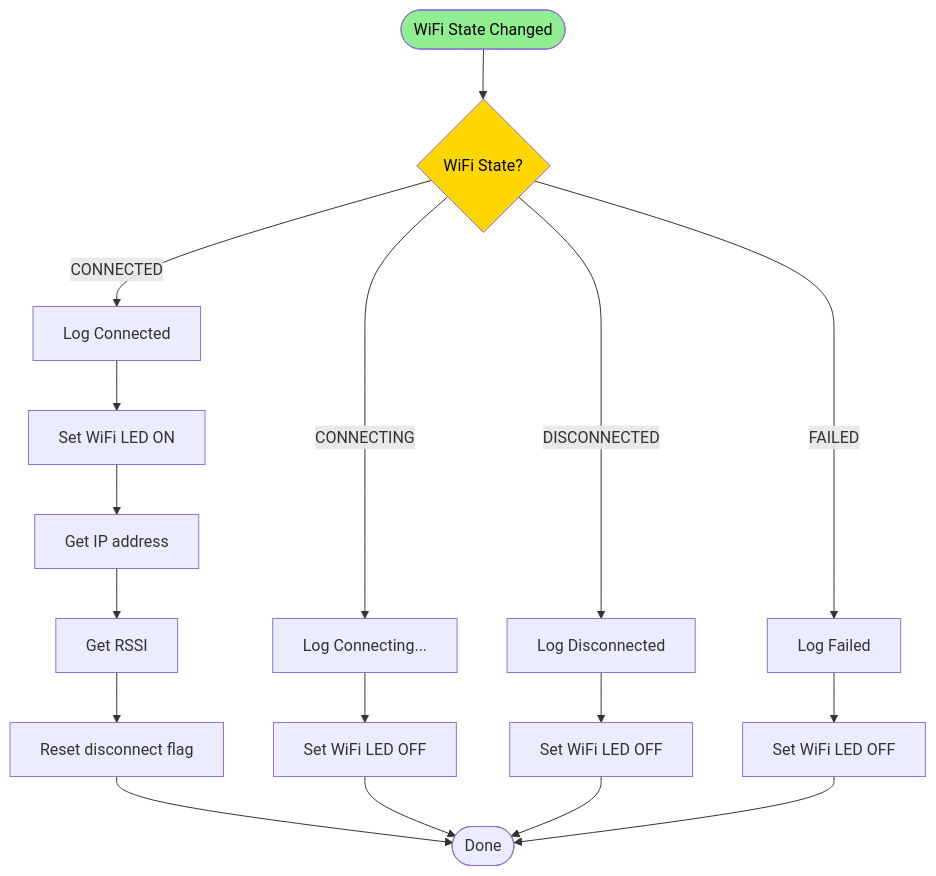
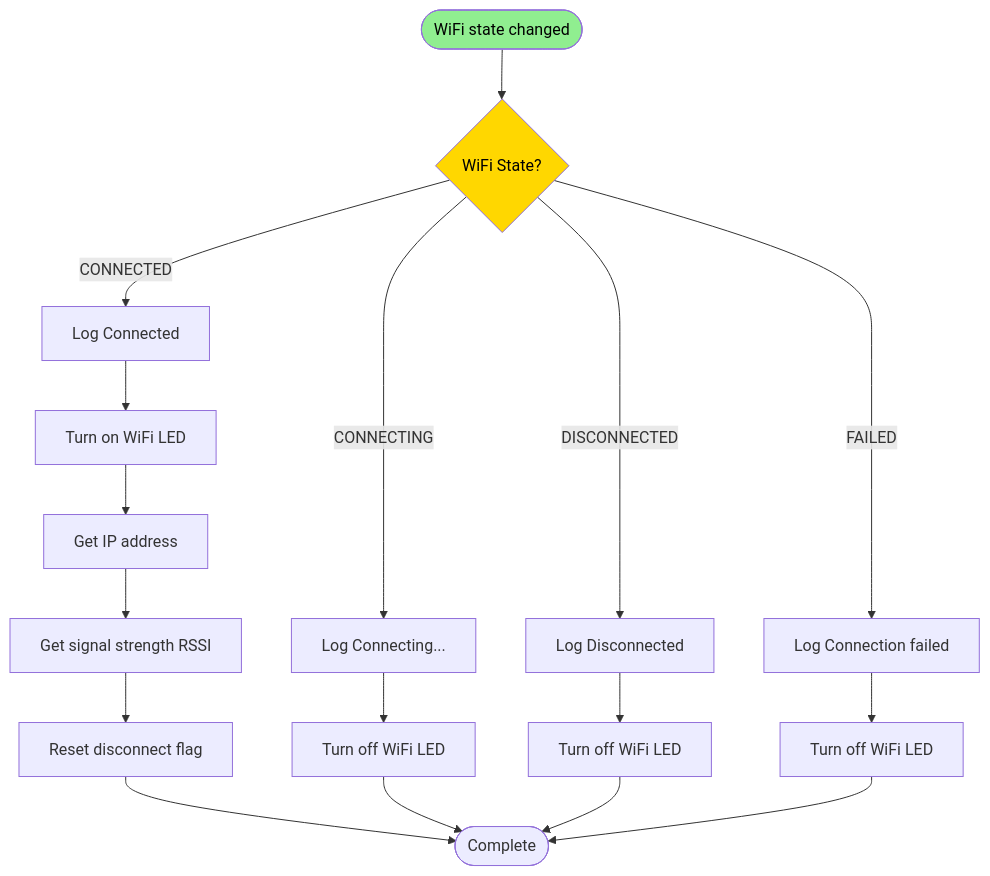
The seventh of 10 diagrams in documents/esp32/FLOW_DIAGRAM_ESP32.md (meeTeam05/datalogger), drawn with Mermaid before and after one commit. The commit also changed other lines of this file, not shown here.

Commit message:
fix(docs): update flow diagram titles and descriptions for clarity in FLOW_DIAGRAM_ESP32.md

````diff
--- a/documents/esp32/FLOW_DIAGRAM_ESP32.md
+++ b/documents/esp32/FLOW_DIAGRAM_ESP32.md
@@ -210,26 +220,26 @@
 ```mermaid
 flowchart TD
-    Start([WiFi State Changed]) --> CheckState{WiFi State?}
+    Start([WiFi state changed]) --> CheckState{WiFi State?}
 
     CheckState -->|CONNECTING| LogConn[Log Connecting...]
     CheckState -->|CONNECTED| LogSuccess[Log Connected]
     CheckState -->|DISCONNECTED| LogDisc[Log Disconnected]
-    CheckState -->|FAILED| LogFail[Log Failed]
+    CheckState -->|FAILED| LogFail[Log Connection failed]
 
-    LogConn --> LEDOff1[Set WiFi LED OFF]
-    LogSuccess --> LEDOn[Set WiFi LED ON]
-    LogDisc --> LEDOff2[Set WiFi LED OFF]
-    LogFail --> LEDOff3[Set WiFi LED OFF]
+    LogConn --> LEDOff1[Turn off WiFi LED]
+    LogSuccess --> LEDOn[Turn on WiFi LED]
+    LogDisc --> LEDOff2[Turn off WiFi LED]
+    LogFail --> LEDOff3[Turn off WiFi LED]
 
     LEDOn --> GetIP[Get IP address]
-    GetIP --> GetRSSI[Get RSSI]
+    GetIP --> GetRSSI[Get signal strength RSSI]
     GetRSSI --> ResetFlag[Reset disconnect flag]
-    ResetFlag --> Done([Done])
+    ResetFlag --> Done([Complete])
 
     LEDOff1 --> Done
     LEDOff2 --> Done
     LEDOff3 --> Done
 
     style Start fill:#90EE90, color:#000000
     style CheckState fill:#FFD700, color:#000000
 ```
````
